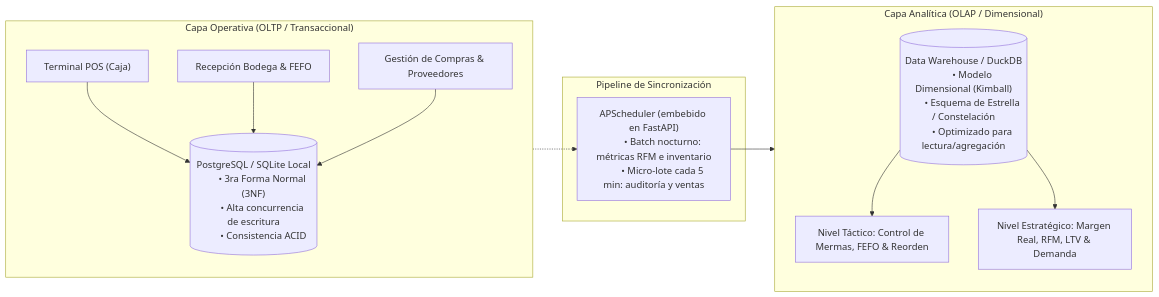
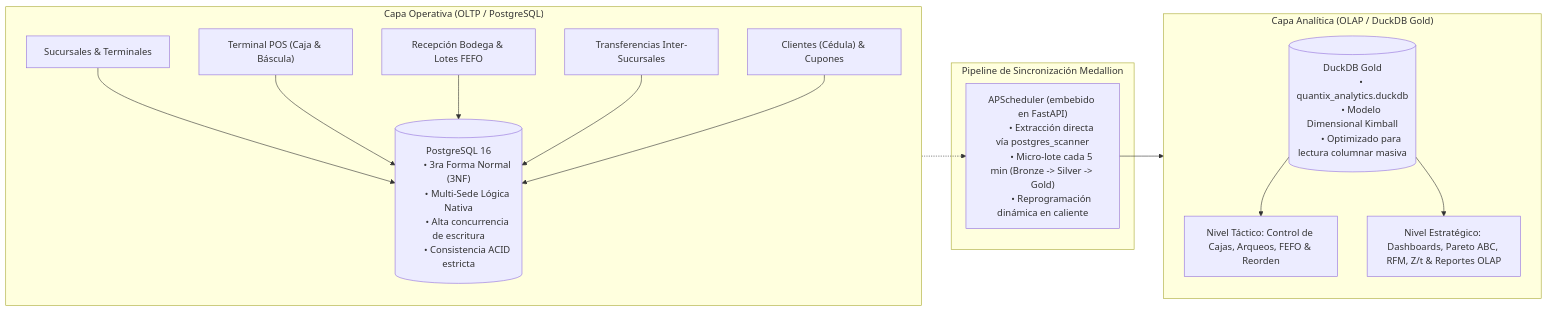
The first of 2 diagrams in docs/arquitectura/diseno_arquitectura_datos.md (khrizzcoronel/Quantix), drawn with Mermaid before and after one commit. The commit also changed other lines of this file and 110 other files, not shown here.

````diff
--- a/docs/arquitectura/diseno_arquitectura_datos.md
+++ b/docs/arquitectura/diseno_arquitectura_datos.md
@@ -11,36 +11,42 @@
 ```mermaid
 flowchart LR
-    subgraph Capa_OLTP ["Capa Operativa (OLTP / Transaccional)"]
+    subgraph Capa_OLTP ["Capa Operativa (OLTP / PostgreSQL)"]
         direction TB
-        POS["Terminal POS (Caja)"]
-        WMS["Recepción Bodega & FEFO"]
-        COMP["Gestión de Compras & Proveedores"]
-        DB_OLTP[("PostgreSQL / SQLite Local
+        SUC["Sucursales & Terminales"]
+        POS["Terminal POS (Caja & Báscula)"]
+        WMS["Recepción Bodega & Lotes FEFO"]
+        LOG["Transferencias Inter-Sucursales"]
+        CRM["Clientes (Cédula) & Cupones"]
+        DB_OLTP[("PostgreSQL 16
         • 3ra Forma Normal (3NF)
+        • Multi-Sede Lógica Nativa
         • Alta concurrencia de escritura
-        • Consistencia ACID")]
+        • Consistencia ACID estricta")]
+        SUC --> DB_OLTP
         POS --> DB_OLTP
         WMS --> DB_OLTP
-        COMP --> DB_OLTP
+        LOG --> DB_OLTP
+        CRM --> DB_OLTP
     end
 
-    subgraph Pipeline ["Pipeline de Sincronización"]
+    subgraph Pipeline ["Pipeline de Sincronización Medallion"]
         ETL["APScheduler (embebido en FastAPI)
-        • Batch nocturno: métricas RFM e inventario
-        • Micro-lote cada 5 min: auditoría y ventas"]
+        • Extracción directa vía postgres_scanner
+        • Micro-lote cada 5 min (Bronze -> Silver -> Gold)
+        • Reprogramación dinámica en caliente"]
         DB_OLTP -.-> ETL
     end
 
-    subgraph Capa_OLAP ["Capa Analítica (OLAP / Dimensional)"]
+    subgraph Capa_OLAP ["Capa Analítica (OLAP / DuckDB Gold)"]
         direction TB
-        DWH[("Data Warehouse / DuckDB
-        • Modelo Dimensional (Kimball)
-        • Esquema de Estrella / Constelación
-        • Optimizado para lectura/agregación")]
-        MIS["Nivel Táctico: Control de Mermas, FEFO & Reorden"]
-        EIS["Nivel Estratégico: Margen Real, RFM, LTV & Demanda"]
+        DWH[("DuckDB Gold
+        • quantix_analytics.duckdb
+        • Modelo Dimensional Kimball
+        • Optimizado para lectura columnar masiva")]
+        MIS["Nivel Táctico: Control de Cajas, Arqueos, FEFO & Reorden"]
+        EIS["Nivel Estratégico: Dashboards, Pareto ABC, RFM, Z/t & Reportes OLAP"]
         ETL --> DWH
         DWH --> MIS
         DWH --> EIS
     end
 ```
````
